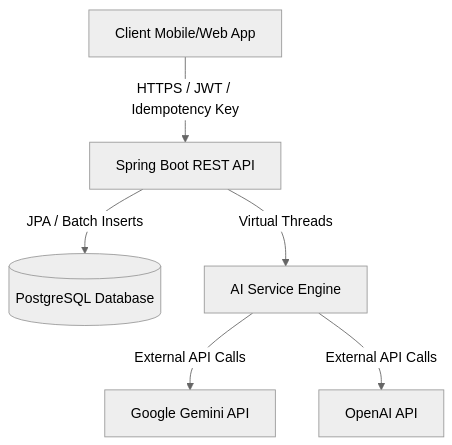
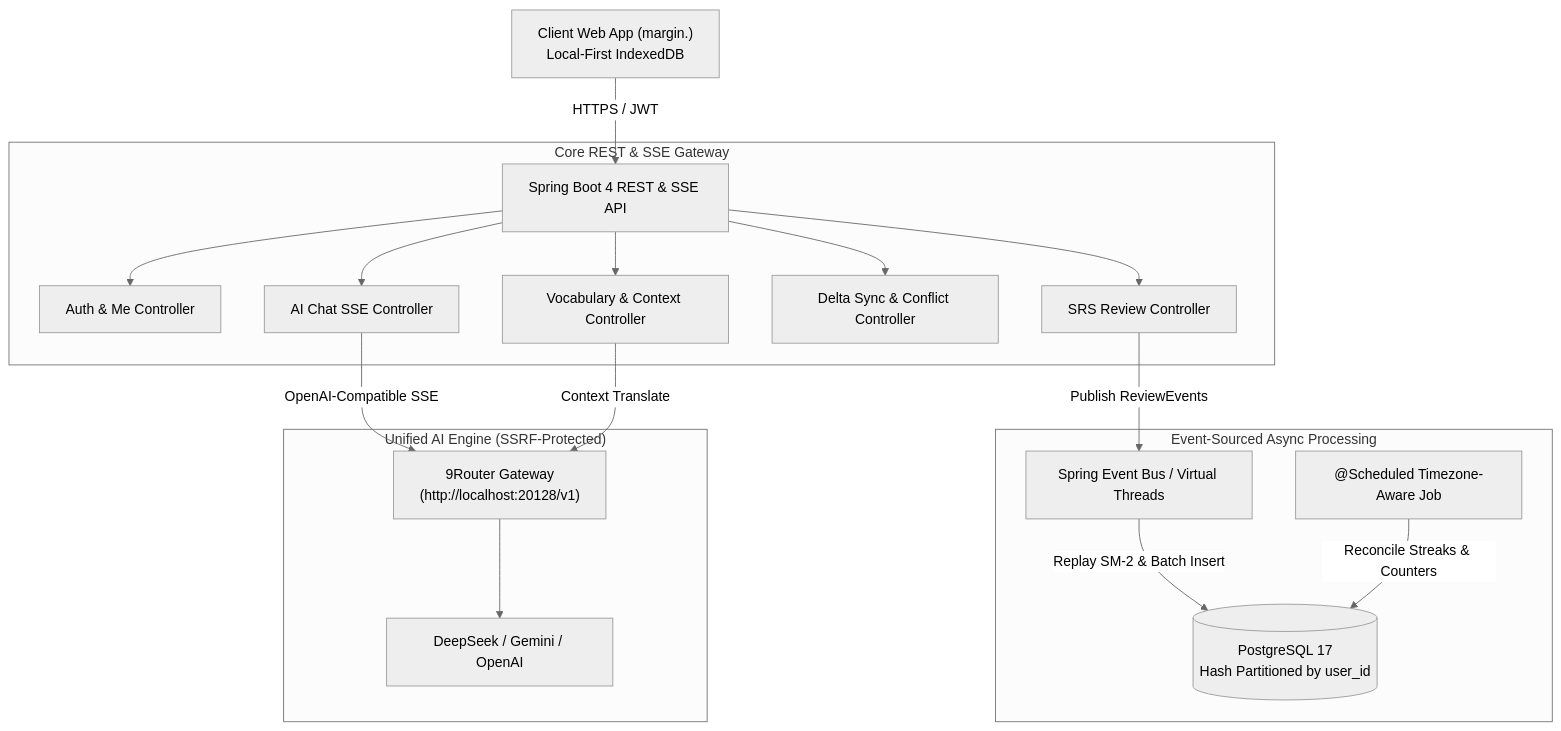
One commit to Kieuhieu1408/learning_english_be changed the first of 2 diagrams in docs/BRD.md. Above: the diagram before and after it, drawn with Mermaid (neutral theme). The commit also changed other lines of this file and 105 other files, not shown here.

````diff
--- a/docs/BRD.md
+++ b/docs/BRD.md
@@ -41,8 +43,24 @@
 ```mermaid
 graph TD
-    Client[Client Mobile/Web App] -->|HTTPS / JWT / Idempotency Key| API[Spring Boot REST API]
-    API -->|JPA / Batch Inserts| DB[(PostgreSQL Database)]
-    API -->|Virtual Threads| AI[AI Service Engine]
-    AI -->|External API Calls| Gemini[Google Gemini API]
-    AI -->|External API Calls| OpenAI[OpenAI API]
+    Client["Client Web App (margin.)<br/>Local-First IndexedDB"] -->|HTTPS / JWT| API[Spring Boot 4 REST & SSE API]
+    
+    subgraph "Core REST & SSE Gateway"
+        API --> AuthCtrl[Auth & Me Controller]
+        API --> VocabCtrl[Vocabulary & Context Controller]
+        API --> ReviewCtrl[SRS Review Controller]
+        API --> SyncCtrl[Delta Sync & Conflict Controller]
+        API --> ChatCtrl[AI Chat SSE Controller]
+    end
+
+    subgraph "Event-Sourced Async Processing"
+        ReviewCtrl -->|Publish ReviewEvents| EventBus[Spring Event Bus / Virtual Threads]
+        EventBus -->|Replay SM-2 & Batch Insert| DB[(PostgreSQL 17<br/>Hash Partitioned by user_id)]
+        Scheduler["@Scheduled Timezone-Aware Job"] -->|Reconcile Streaks & Counters| DB
+    end
+
+    subgraph "Unified AI Engine (SSRF-Protected)"
+        ChatCtrl -->|OpenAI-Compatible SSE| NineRouter["9Router Gateway<br/>(http://localhost:20128/v1)"]
+        VocabCtrl -->|Context Translate| NineRouter
+        NineRouter --> DirectLLM[DeepSeek / Gemini / OpenAI]
+    end
 ```
````
